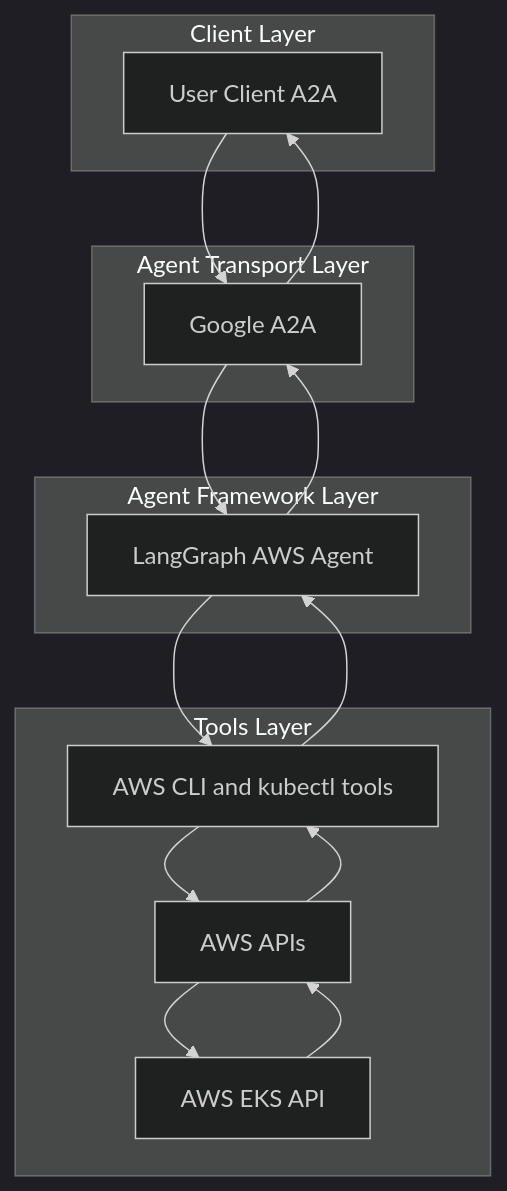
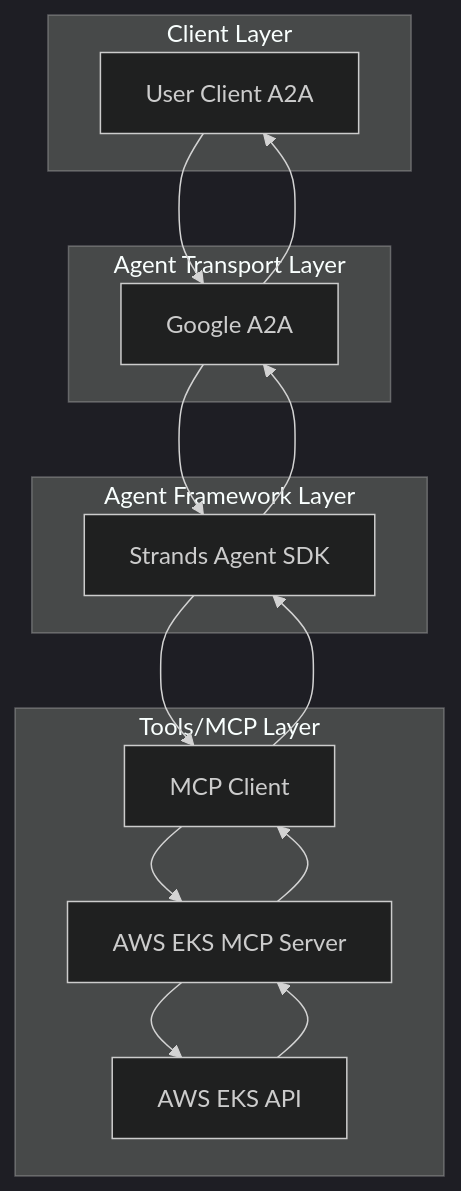
The diagram in ai_platform_engineering/agents/aws/README.md (cnoe-io/ai-platform-engineering), drawn with Mermaid (dark theme) before and after one commit. The commit also changed other lines of this file and 4833 other files, not shown here.

````diff
--- a/ai_platform_engineering/agents/aws/README.md
+++ b/ai_platform_engineering/agents/aws/README.md
@@ -127,23 +148,23 @@
 ```mermaid
 flowchart TD
   subgraph Client Layer
     A[User Client A2A]
   end
 
   subgraph Agent Transport Layer
     B[Google A2A]
   end
 
   subgraph Agent Framework Layer
-    C[LangGraph AWS Agent]
+    C[Strands Agent SDK]
   end
 
-  subgraph Tools Layer
-    D[AWS CLI and kubectl tools]
-    E[AWS APIs]
+  subgraph Tools/MCP Layer
+    D[MCP Client]
+    E[AWS EKS MCP Server]
     F[AWS EKS API]
   end
 
   A --> B --> C --> D --> E --> F
   F --> E --> D --> C --> B --> A
 ```
````
